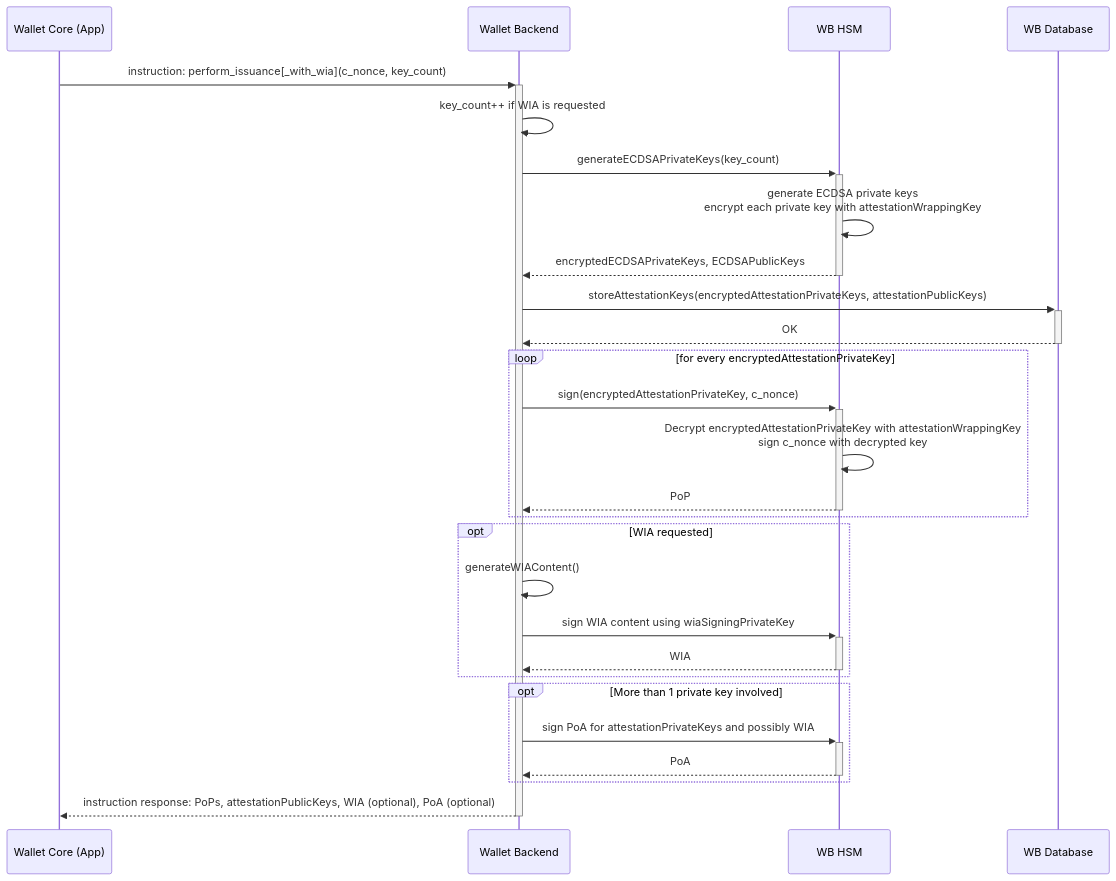
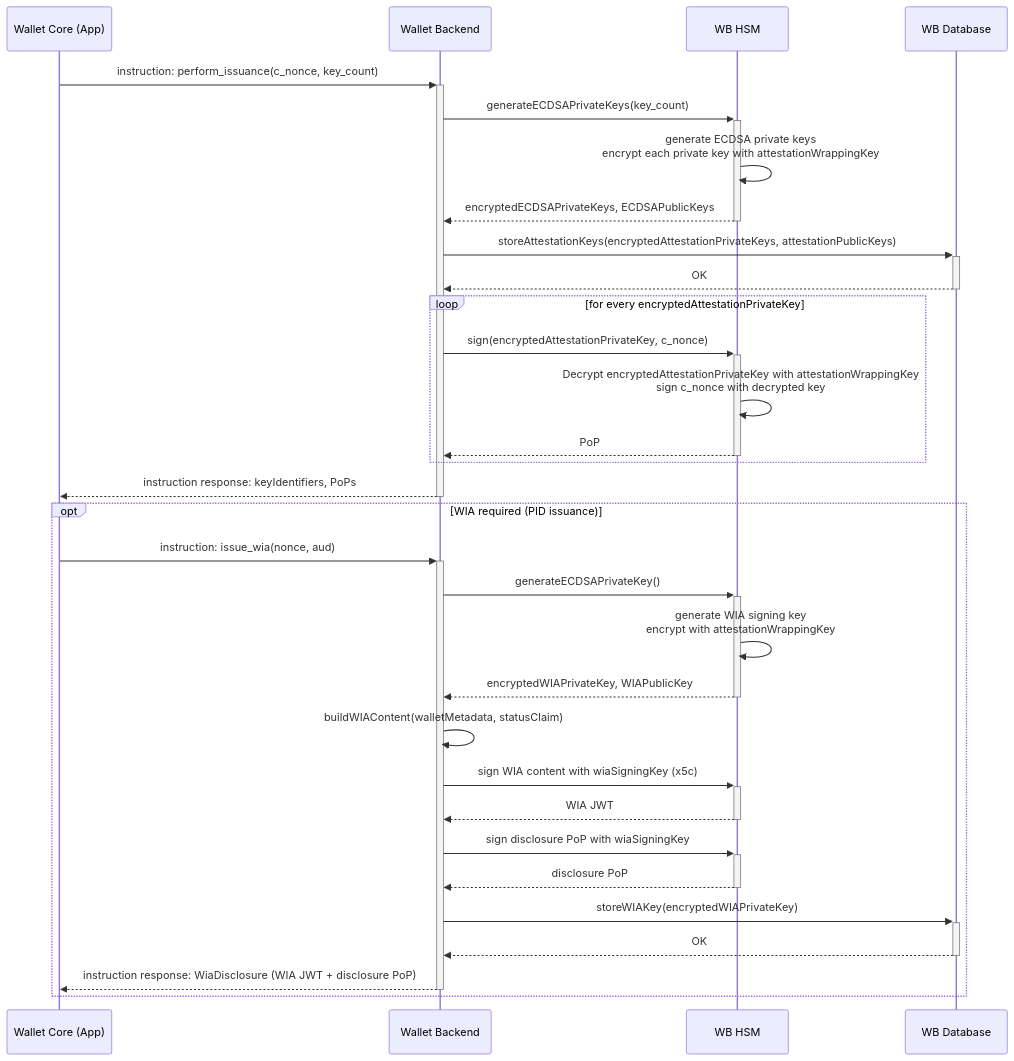
Before and after one commit to MinBZK/nl-wallet: the fourth of 4 diagrams in wallet_docs/architecture/use-cases/issuance-with-openid4vci.md, drawn with Mermaid. The commit also changed other lines of this file, not shown here.

Commit message:
Update issuance documentation

````diff
--- a/wallet_docs/architecture/use-cases/issuance-with-openid4vci.md
+++ b/wallet_docs/architecture/use-cases/issuance-with-openid4vci.md
@@ -296,31 +300,36 @@
 ```{mermaid}
 sequenceDiagram
     %% Force ordering by explicitly setting up participants
     participant wallet as Wallet Core (App)
     participant wallet_provider as Wallet Backend
     participant hsm as WB HSM
     participant db as WB Database
 
-    wallet->>+wallet_provider: instruction: perform_issuance[_with_wia](c_nonce, key_count)
-    wallet_provider->>wallet_provider: key_count++ if WIA is requested
+    wallet->>+wallet_provider: instruction: perform_issuance(c_nonce, key_count)
     wallet_provider ->>+ hsm: generateECDSAPrivateKeys(key_count)
     hsm ->> hsm: generate ECDSA private keys<br/>encrypt each private key with attestationWrappingKey
     hsm -->>- wallet_provider: encryptedECDSAPrivateKeys, ECDSAPublicKeys
     wallet_provider ->>+ db : storeAttestationKeys(encryptedAttestationPrivateKeys, attestationPublicKeys)
     db -->>- wallet_provider: OK
     loop for every encryptedAttestationPrivateKey
         wallet_provider ->>+ hsm: sign(encryptedAttestationPrivateKey, c_nonce)
         hsm ->> hsm: Decrypt encryptedAttestationPrivateKey with attestationWrappingKey<br/>sign c_nonce with decrypted key
         hsm -->>- wallet_provider: PoP
     end
-    opt WIA requested
-        wallet_provider ->> wallet_provider: generateWIAContent()
-        wallet_provider ->>+ hsm: sign WIA content using wiaSigningPrivateKey
-        hsm -->>- wallet_provider: WIA
+    wallet_provider-->>-wallet: instruction response: keyIdentifiers, PoPs
+
+    opt WIA required (PID issuance)
+        wallet->>+wallet_provider: instruction: issue_wia(nonce, aud)
+        wallet_provider ->>+ hsm: generateECDSAPrivateKey()
+        hsm ->> hsm: generate WIA signing key<br/>encrypt with attestationWrappingKey
+        hsm -->>- wallet_provider: encryptedWIAPrivateKey, WIAPublicKey
+        wallet_provider ->> wallet_provider: buildWIAContent(walletMetadata, statusClaim)
+        wallet_provider ->>+ hsm: sign WIA content with wiaSigningKey (x5c)
+        hsm -->>- wallet_provider: WIA JWT
+        wallet_provider ->>+ hsm: sign disclosure PoP with wiaSigningKey
+        hsm -->>- wallet_provider: disclosure PoP
+        wallet_provider ->>+ db: storeWIAKey(encryptedWIAPrivateKey)
+        db -->>- wallet_provider: OK
+        wallet_provider-->>-wallet: instruction response: WiaDisclosure (WIA JWT + disclosure PoP)
     end
-    opt More than 1 private key involved
-        wallet_provider ->>+ hsm: sign PoA for attestationPrivateKeys and possibly WIA
-        hsm -->>- wallet_provider: PoA
-    end
-    wallet_provider-->>-wallet: instruction response: PoPs, attestationPublicKeys, WIA (optional), PoA (optional)
 ```
````
